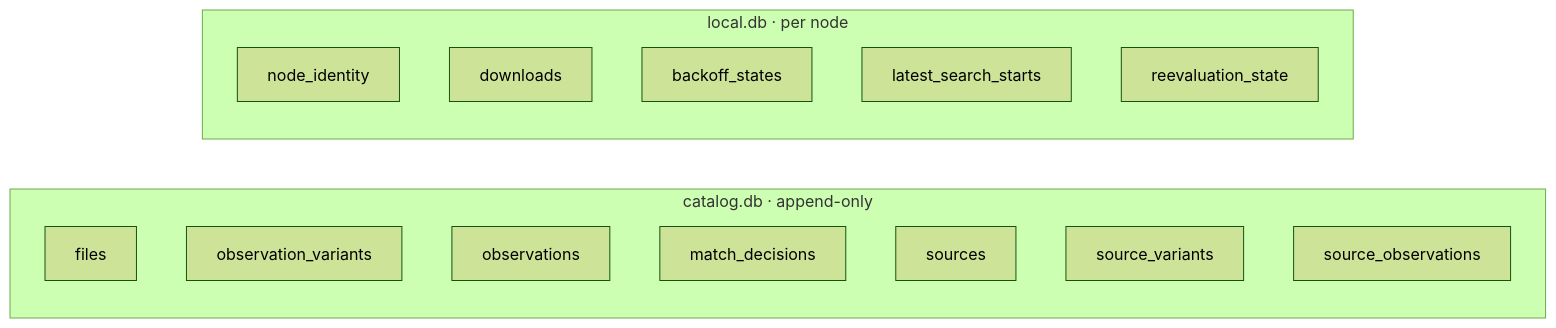
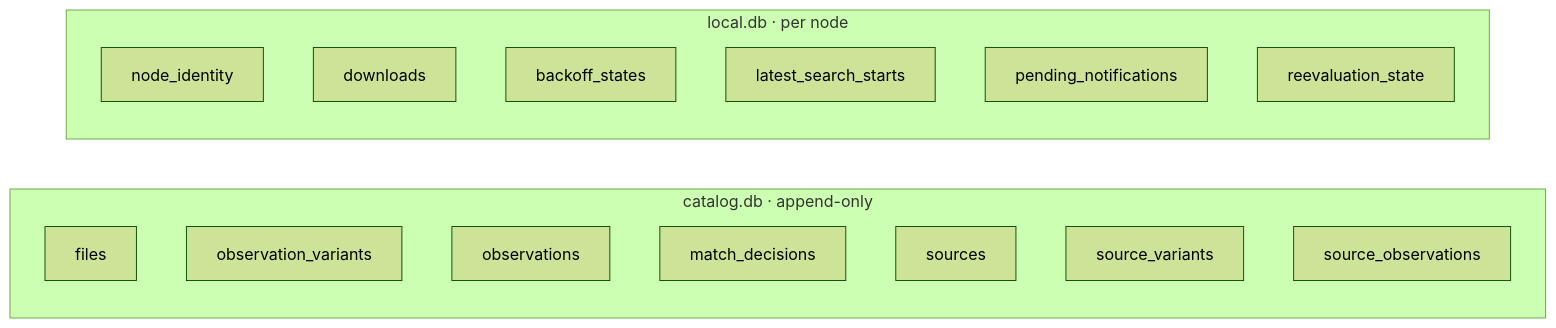
Before and after one commit to mission-titar/p2pwatch: the ninth of 12 diagrams in docs/contributing/architecture.md, drawn with Mermaid (forest theme). The commit also changed other lines of this file and 21 other files, not shown here.

````diff
--- a/docs/contributing/architecture.md
+++ b/docs/contributing/architecture.md
@@ -477,19 +477,20 @@
 ```mermaid
 flowchart LR
   subgraph cat["catalog.db · append-only"]
     f["files"]
     ov["observation_variants"]
     o["observations"]
     md["match_decisions"]
     s["sources"]
     sv["source_variants"]
     so["source_observations"]
   end
   subgraph loc["local.db · per node"]
     ni["node_identity"]
     dl["downloads"]
     bs["backoff_states"]
     ls["latest_search_starts"]
+    pn["pending_notifications"]
     rs["reevaluation_state"]
   end
 ```
````
